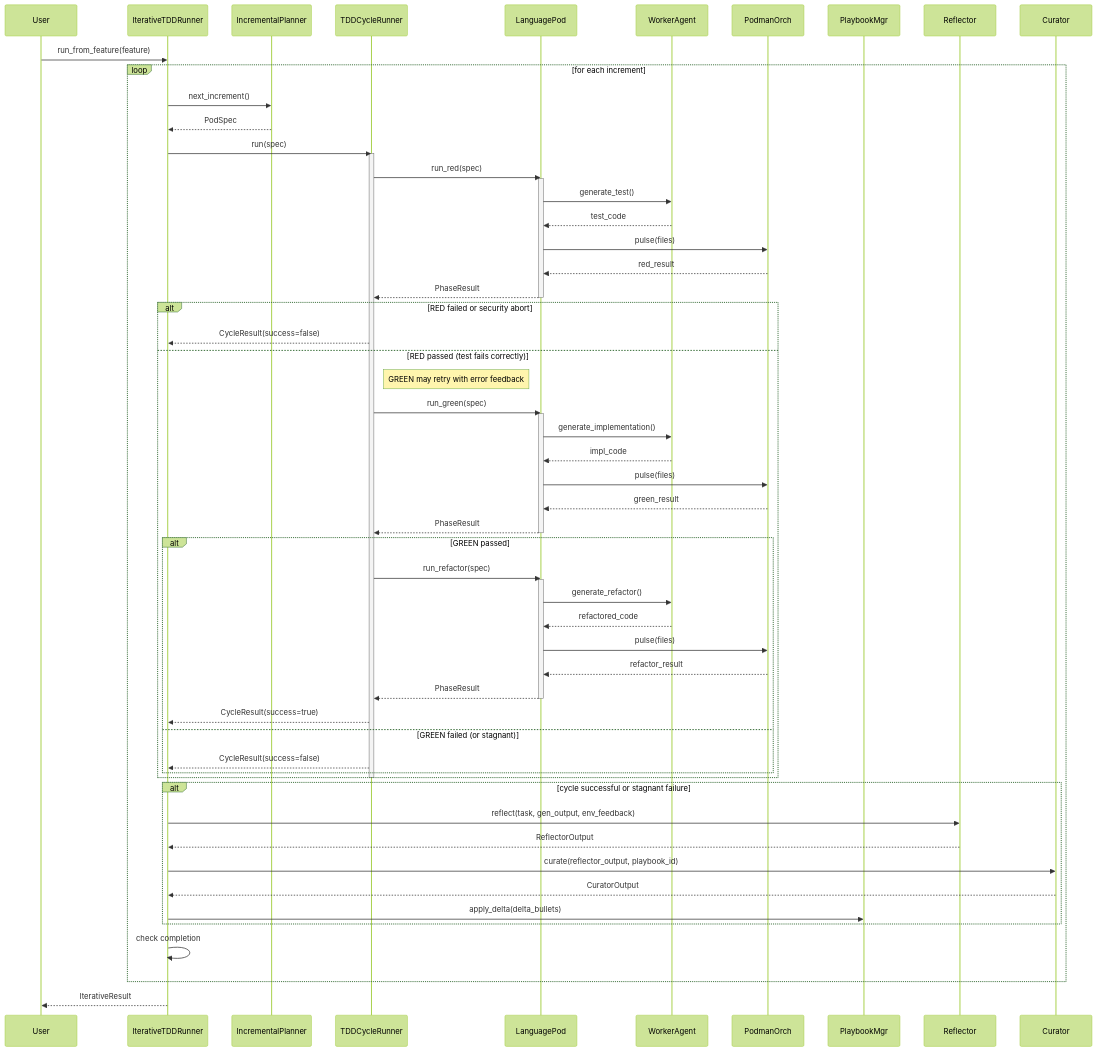
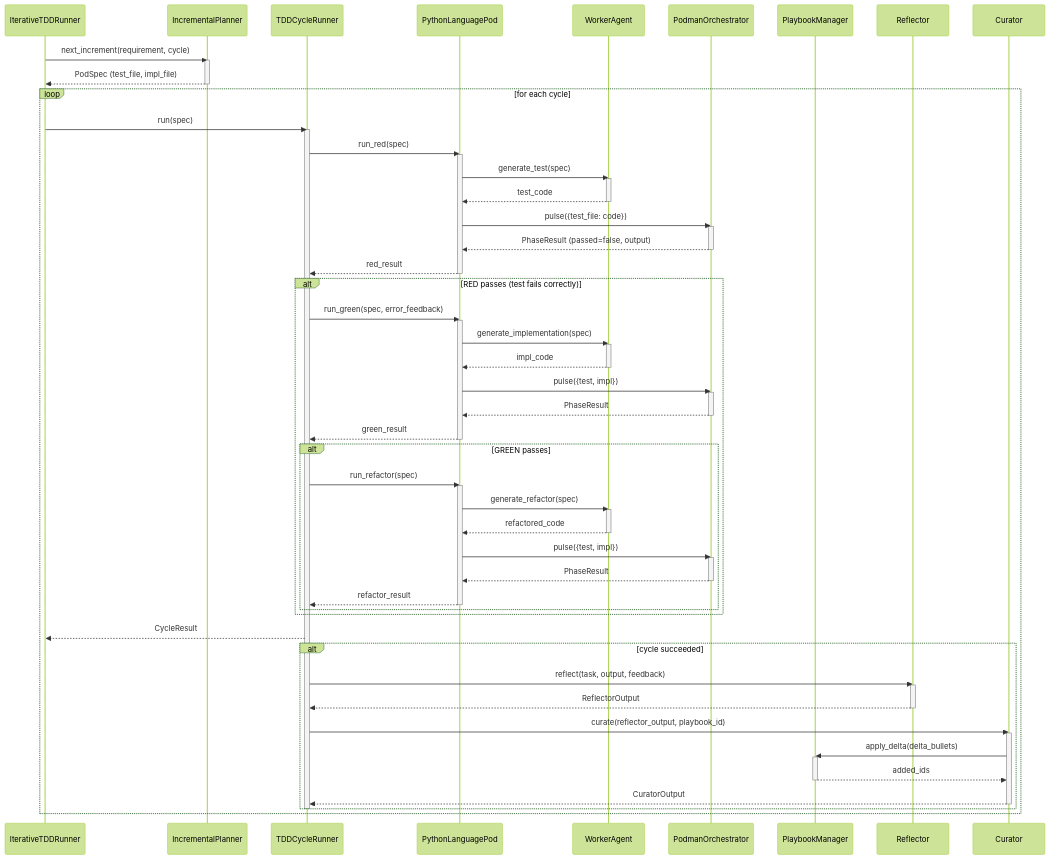
The diagram in docs/SYSTEM_ARCHITECTURE.md (carlhuxley/ace_enterprise), drawn with Mermaid (forest theme) before and after one commit. The commit also changed other lines of this file and 14 other files, not shown here.

````diff
--- a/docs/SYSTEM_ARCHITECTURE.md
+++ b/docs/SYSTEM_ARCHITECTURE.md
@@ -43,65 +43,84 @@
 ```mermaid
 sequenceDiagram
-    participant User
-    participant IterativeTDDRunner
-    participant IncrementalPlanner
-    participant TDDCycleRunner
-    participant LanguagePod
-    participant WorkerAgent
-    participant PodmanOrch
-    participant PlaybookMgr
-    participant Reflector
-    participant Curator
+    participant Runner as IterativeTDDRunner
+    participant Planner as IncrementalPlanner
+    participant Cycle as TDDCycleRunner
+    participant Pod as PythonLanguagePod
+    participant Worker as WorkerAgent
+    participant Orchestrator as PodmanOrchestrator
+    participant Playbook as PlaybookManager
+    participant Reflect as Reflector
+    participant Curator as Curator
 
-    User->>IterativeTDDRunner: run_from_feature(feature)
-    loop for each increment
-        IterativeTDDRunner->>IncrementalPlanner: next_increment()
-        IncrementalPlanner-->>IterativeTDDRunner: PodSpec
-        IterativeTDDRunner->>TDDCycleRunner: run(spec)
-        activate TDDCycleRunner
-        TDDCycleRunner->>LanguagePod: run_red(spec)
-        activate LanguagePod
-        LanguagePod->>WorkerAgent: generate_test()
-        WorkerAgent-->>LanguagePod: test_code
-        LanguagePod->>PodmanOrch: pulse(files)
-        PodmanOrch-->>LanguagePod: red_result
-        LanguagePod-->>TDDCycleRunner: PhaseResult
-        deactivate LanguagePod
-        alt RED failed or security abort
-            TDDCycleRunner-->>IterativeTDDRunner: CycleResult(success=false)
-        else RED passed (test fails correctly)
-            Note right of TDDCycleRunner: GREEN may retry with error feedback
-            TDDCycleRunner->>LanguagePod: run_green(spec)
-            activate LanguagePod
-            LanguagePod->>WorkerAgent: generate_implementation()
-            WorkerAgent-->>LanguagePod: impl_code
-            LanguagePod->>PodmanOrch: pulse(files)
-            PodmanOrch-->>LanguagePod: green_result
-            LanguagePod-->>TDDCycleRunner: PhaseResult
-            deactivate LanguagePod
-            alt GREEN passed
-                TDDCycleRunner->>LanguagePod: run_refactor(spec)
-                activate LanguagePod
-                LanguagePod->>WorkerAgent: generate_refactor()
-                WorkerAgent-->>LanguagePod: refactored_code
-                LanguagePod->>PodmanOrch: pulse(files)
-                PodmanOrch-->>LanguagePod: refactor_result
-                LanguagePod-->>TDDCycleRunner: PhaseResult
-                deactivate LanguagePod
-                TDDCycleRunner-->>IterativeTDDRunner: CycleResult(success=true)
-            else GREEN failed (or stagnant)
-                TDDCycleRunner-->>IterativeTDDRunner: CycleResult(success=false)
+    Runner->>Planner: next_increment(requirement, cycle)
+    activate Planner
+    Planner-->>Runner: PodSpec (test_file, impl_file)
+    deactivate Planner
+
+    loop for each cycle
+        Runner->>Cycle: run(spec)
+        activate Cycle
+
+        Cycle->>Pod: run_red(spec)
+        activate Pod
+        Pod->>Worker: generate_test(spec)
+        activate Worker
+        Worker-->>Pod: test_code
+        deactivate Worker
+        Pod->>Orchestrator: pulse({test_file: code})
+        activate Orchestrator
+        Orchestrator-->>Pod: PhaseResult (passed=false, output)
+        deactivate Orchestrator
+        Pod-->>Cycle: red_result
+        deactivate Pod
+
+        alt RED passes (test fails correctly)
+            Cycle->>Pod: run_green(spec, error_feedback)
+            activate Pod
+            Pod->>Worker: generate_implementation(spec)
+            activate Worker
+            Worker-->>Pod: impl_code
+            deactivate Worker
+            Pod->>Orchestrator: pulse({test, impl})
+            activate Orchestrator
+            Orchestrator-->>Pod: PhaseResult
+            deactivate Orchestrator
+            Pod-->>Cycle: green_result
+            deactivate Pod
+
+            alt GREEN passes
+                Cycle->>Pod: run_refactor(spec)
+                activate Pod
+                Pod->>Worker: generate_refactor(spec)
+                activate Worker
+                Worker-->>Pod: refactored_code
+                deactivate Worker
+                Pod->>Orchestrator: pulse({test, impl})
+                activate Orchestrator
+                Orchestrator-->>Pod: PhaseResult
+                deactivate Orchestrator
+                Pod-->>Cycle: refactor_result
+                deactivate Pod
             end
         end
-        deactivate TDDCycleRunner
-        alt cycle successful or stagnant failure
-            IterativeTDDRunner->>Reflector: reflect(task, gen_output, env_feedback)
-            Reflector-->>IterativeTDDRunner: ReflectorOutput
-            IterativeTDDRunner->>Curator: curate(reflector_output, playbook_id)
-            Curator-->>IterativeTDDRunner: CuratorOutput
-            IterativeTDDRunner->>PlaybookMgr: apply_delta(delta_bullets)
+
+        Cycle-->>Runner: CycleResult
+
+        alt cycle succeeded
+            Cycle->>Reflect: reflect(task, output, feedback)
+            activate Reflect
+            Reflect-->>Cycle: ReflectorOutput
+            deactivate Reflect
+            Cycle->>Curator: curate(reflector_output, playbook_id)
+            activate Curator
+            Curator->>Playbook: apply_delta(delta_bullets)
+            activate Playbook
+            Playbook-->>Curator: added_ids
+            deactivate Playbook
+            Curator-->>Cycle: CuratorOutput
+            deactivate Curator
         end
-        IterativeTDDRunner->>IterativeTDDRunner: check completion
+
+        deactivate Cycle
     end
-    IterativeTDDRunner-->>User: IterativeResult
 ```
````
